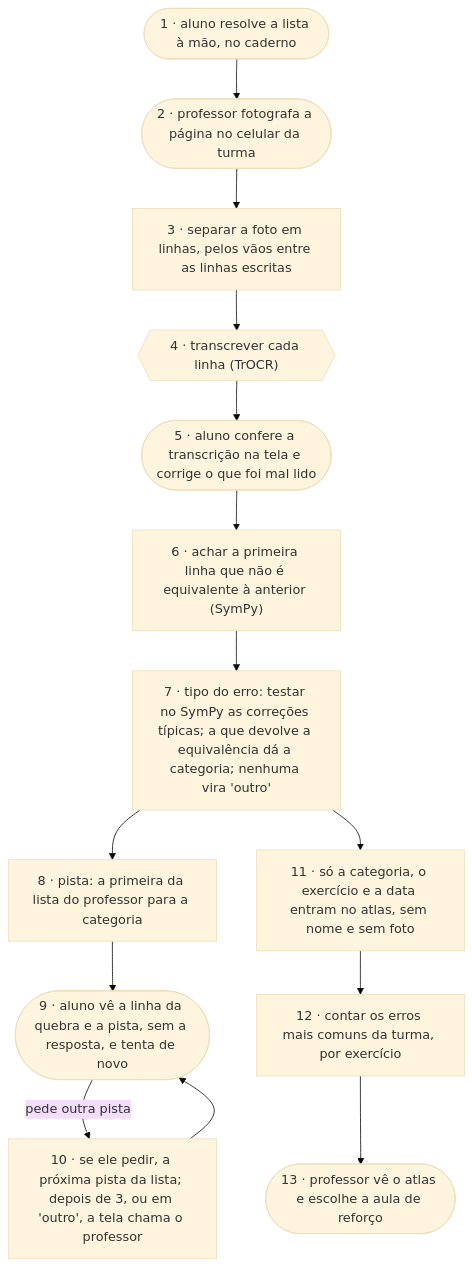
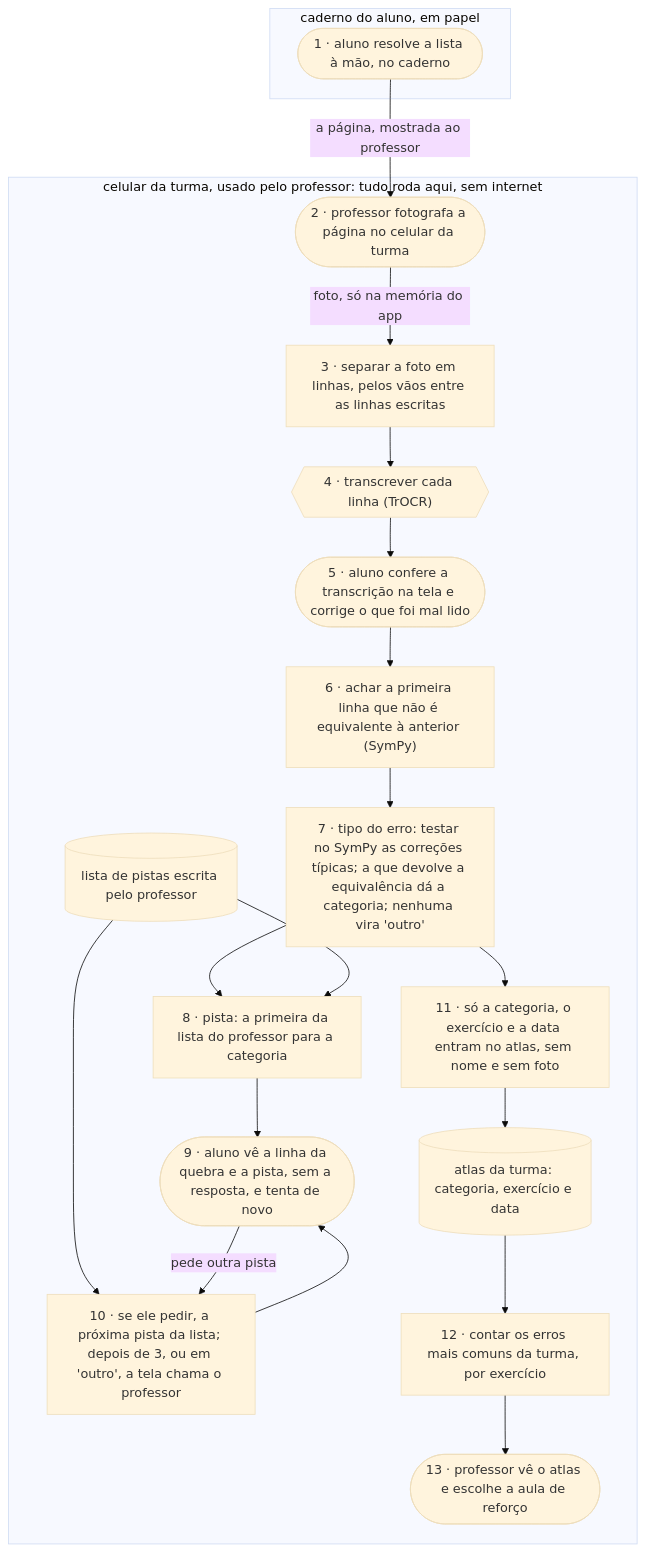
Before and after one commit to andrezacfalcao/project-ai4good: the diagram in flx/arquitetura.md, drawn with Mermaid (base theme). The commit also changed other lines of this file and 1 other file, not shown here.

Commit message:
flx: arquitetura com onde roda cada peca, custos e dados pessoais
Acrescenta ao diagrama as caixas do caderno e do celular da turma e o
caminho dos dados. Preenche na folha as pecas com entrada, saida, tempo
medido ou estimado e preco com fonte, e a tabela de dados pessoais.

````diff
--- a/flx/arquitetura.md
+++ b/flx/arquitetura.md
@@ -9,21 +9,32 @@
 ```mermaid
 flowchart TD
-    A(["1 · aluno resolve a lista à mão, no caderno"])
-    B(["2 · professor fotografa a página no celular da turma"])
-    C["3 · separar a foto em linhas, pelos vãos entre as linhas escritas"]
-    D{{"4 · transcrever cada linha (TrOCR)"}}
-    E(["5 · aluno confere a transcrição na tela e corrige o que foi mal lido"])
-    F["6 · achar a primeira linha que não é equivalente à anterior (SymPy)"]
-    G["7 · tipo do erro: testar no SymPy as correções típicas; a que devolve a equivalência dá a categoria; nenhuma vira 'outro'"]
-    H["8 · pista: a primeira da lista do professor para a categoria"]
-    I(["9 · aluno vê a linha da quebra e a pista, sem a resposta, e tenta de novo"])
-    J["10 · se ele pedir, a próxima pista da lista; depois de 3, ou em 'outro', a tela chama o professor"]
-    K["11 · só a categoria, o exercício e a data entram no atlas, sem nome e sem foto"]
-    L["12 · contar os erros mais comuns da turma, por exercício"]
-    M(["13 · professor vê o atlas e escolhe a aula de reforço"])
+    subgraph PAPEL["caderno do aluno, em papel"]
+        A(["1 · aluno resolve a lista à mão, no caderno"])
+    end
 
-    A --> B --> C --> D --> E --> F --> G --> H --> I
+    subgraph CEL["celular da turma, usado pelo professor: tudo roda aqui, sem internet"]
+        B(["2 · professor fotografa a página no celular da turma"])
+        C["3 · separar a foto em linhas, pelos vãos entre as linhas escritas"]
+        D{{"4 · transcrever cada linha (TrOCR)"}}
+        E(["5 · aluno confere a transcrição na tela e corrige o que foi mal lido"])
+        F["6 · achar a primeira linha que não é equivalente à anterior (SymPy)"]
+        G["7 · tipo do erro: testar no SymPy as correções típicas; a que devolve a equivalência dá a categoria; nenhuma vira 'outro'"]
+        P[("lista de pistas escrita pelo professor")]
+        H["8 · pista: a primeira da lista do professor para a categoria"]
+        I(["9 · aluno vê a linha da quebra e a pista, sem a resposta, e tenta de novo"])
+        J["10 · se ele pedir, a próxima pista da lista; depois de 3, ou em 'outro', a tela chama o professor"]
+        K["11 · só a categoria, o exercício e a data entram no atlas, sem nome e sem foto"]
+        DB[("atlas da turma: categoria, exercício e data")]
+        L["12 · contar os erros mais comuns da turma, por exercício"]
+        M(["13 · professor vê o atlas e escolhe a aula de reforço"])
+    end
+
+    A -- "a página, mostrada ao professor" --> B
+    B -- "foto, só na memória do app" --> C
+    C --> D --> E --> F --> G --> H --> I
+    P --> H
+    P --> J
     I -- "pede outra pista" --> J
     J --> I
-    G --> K --> L --> M
+    G --> K --> DB --> L --> M
 ```
````
